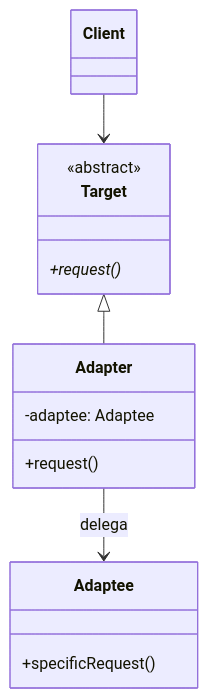
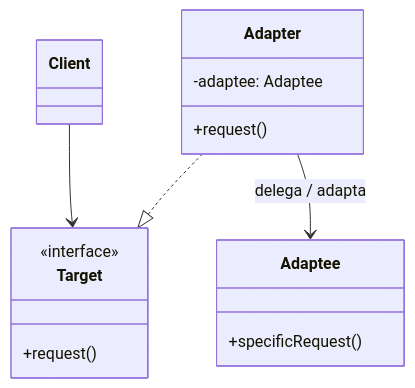
Before and after one commit to auwus21/Facultad-Informatica-UNLP: the first of 3 diagrams in OO2/Teoria/Resumenes/Clase3.md, drawn with Mermaid. The commit also changed other lines of this file and 34 other files, not shown here.

````diff
--- a/OO2/Teoria/Resumenes/Clase3.md
+++ b/OO2/Teoria/Resumenes/Clase3.md
@@ -177,19 +28,19 @@
 ```mermaid
 classDiagram
     class Target {
-        <<abstract>>
-        +request()*
+        <<interface>>
+        +request()
     }
     class Client
     class Adapter {
         -adaptee: Adaptee
         +request()
     }
     class Adaptee {
         +specificRequest()
     }
 
     Client --> Target
-    Target <|-- Adapter
-    Adapter --> Adaptee : delega
+    Adapter ..|> Target
+    Adapter --> Adaptee : delega / adapta
 ```
````
